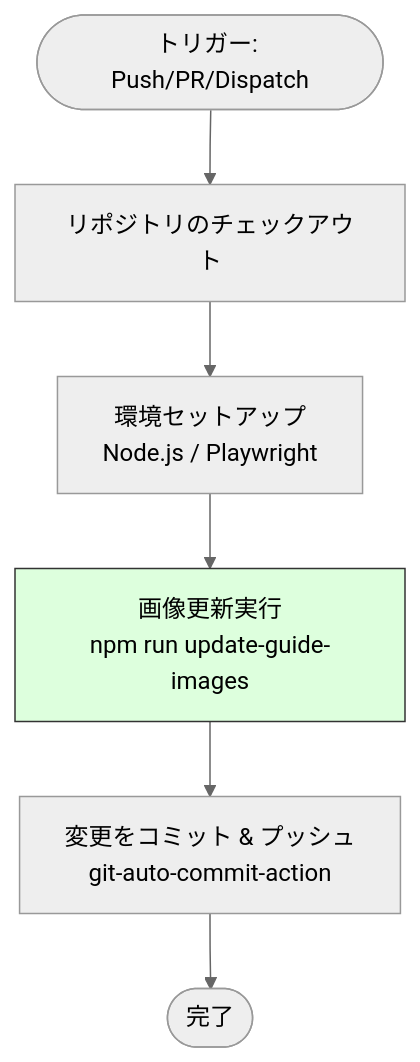
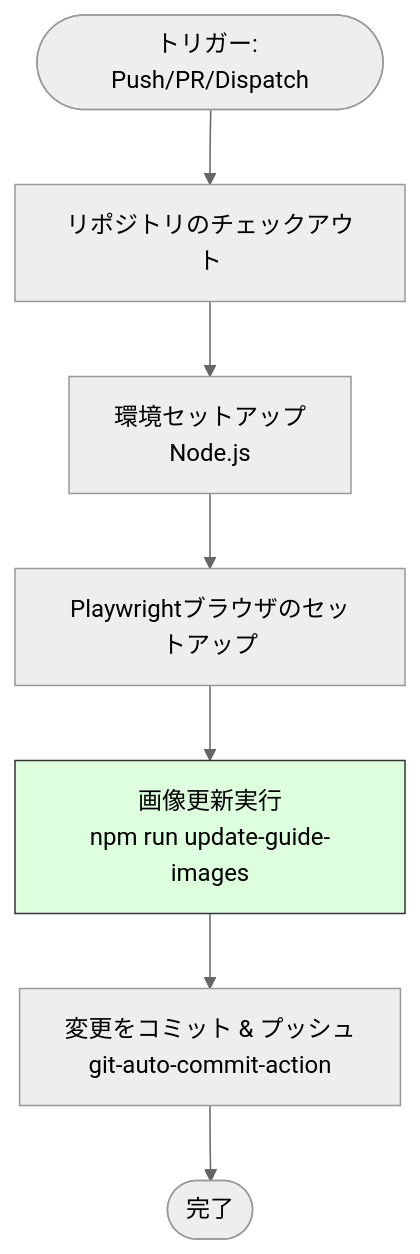
The fifth of 7 diagrams in docs/README_ACTIONS.md (masanori-satake/QuickLog-Solo), drawn with Mermaid (neutral theme) before and after one commit. The commit also changed other lines of this file, not shown here.

````diff
--- a/docs/README_ACTIONS.md
+++ b/docs/README_ACTIONS.md
@@ -138,10 +139,11 @@
 ```mermaid
 graph TD
     Start([トリガー: Push/PR/Dispatch]) --> Checkout[リポジトリのチェックアウト]
-    Checkout --> Setup[環境セットアップ<br/>Node.js / Playwright]
-    Setup --> Update[画像更新実行<br/>npm run update-guide-images]
+    Checkout --> Setup[環境セットアップ<br/>Node.js]
+    Setup --> Playwright[Playwrightブラウザのセットアップ]
+    Playwright --> Update[画像更新実行<br/>npm run update-guide-images]
     Update --> Commit[変更をコミット & プッシュ<br/>git-auto-commit-action]
     Commit --> End([完了])
 
     style Update fill:#dfd,stroke:#333
 ```
````
